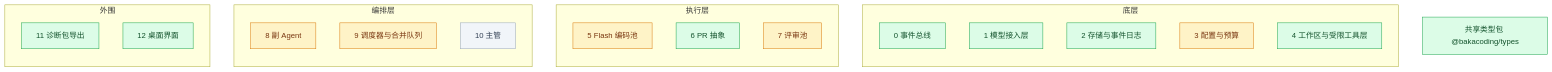
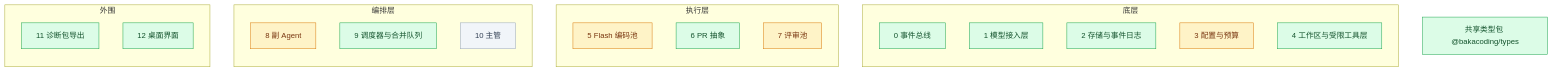
One commit to Akarin7784/BakaCoding changed the diagram in docs/progress.md. Above: the diagram before and after it, drawn with Mermaid. The commit also changed other lines of this file, not shown here.

````diff
--- a/docs/progress.md
+++ b/docs/progress.md
@@ -11,33 +11,33 @@
 ```mermaid
 flowchart BT
   subgraph 底层
     M0[0 事件总线]
     M1[1 模型接入层]
     M2[2 存储与事件日志]
     M3[3 配置与预算]
     M4[4 工作区与受限工具层]
   end
   subgraph 执行层
     M5[5 Flash 编码池]
     M6[6 PR 抽象]
     M7[7 评审池]
   end
   subgraph 编排层
     M8[8 副 Agent]
     M9[9 调度器与合并队列]
     M10[10 主管]
   end
   subgraph 外围
     M11[11 诊断包导出]
     M12[12 桌面界面]
   end
   T[共享类型包 @bakacoding/types]
 
   classDef todo fill:#f1f5f9,stroke:#94a3b8,color:#334155
   classDef doing fill:#fef3c7,stroke:#d97706,color:#78350f
   classDef done fill:#dcfce7,stroke:#16a34a,color:#14532d
 
-  class M0,M1,M2,M4,M6,M11,M12,T done
-  class M3,M5,M7,M8,M9 doing
+  class M0,M1,M2,M4,M6,M9,M11,M12,T done
+  class M3,M5,M7,M8 doing
   class M10 todo
 ```
````
